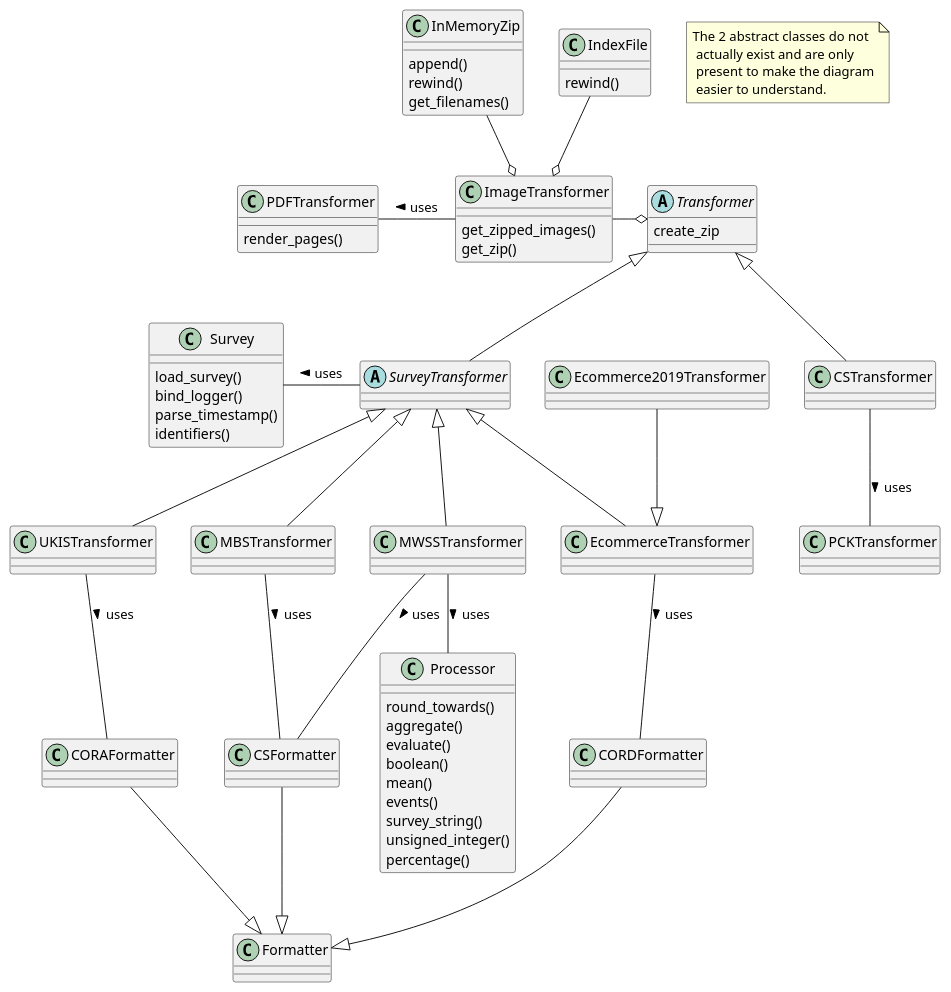
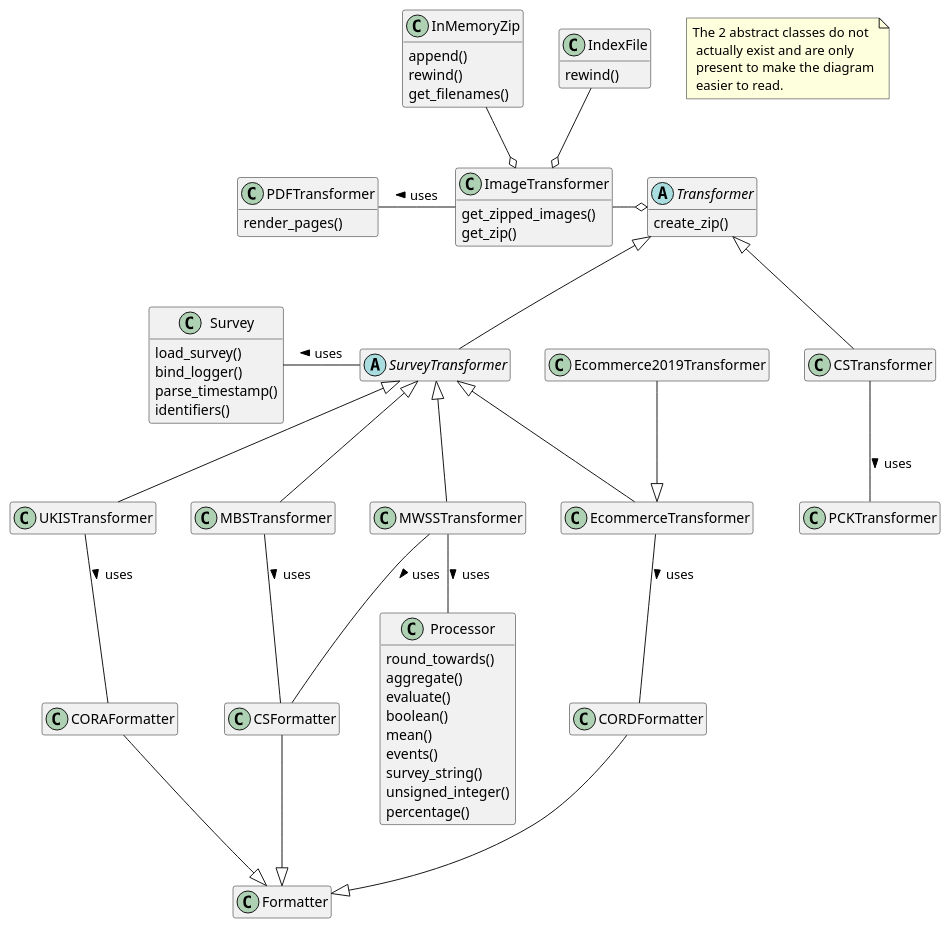
One commit to ONSdigital/sdx-transform-cs changed the diagram in docs/uml/transform-class.puml. Above: the diagram before and after it, drawn with PlantUML. The commit also changed 1 other file, not shown here.

Commit message:
further updates to diagrams

```diff
--- a/docs/uml/transform-class.puml
+++ b/docs/uml/transform-class.puml
@@ -1,90 +1,92 @@
 @startuml
+
+hide empty members
 
 'notes
 
-note "The 2 abstract classes do not\n actually exist and are only\n present to make the diagram\n easier to understand." as n1
+note "The 2 abstract classes do not\n actually exist and are only\n present to make the diagram\n easier to read." as n1
 
 'classes
 
 class Formatter
 class CSFormatter
 class CORAFormatter
 class CORDFormatter
 
 abstract Transformer
-Transformer : create_zip
+Transformer : create_zip()
 
 abstract SurveyTransformer
 
 class MWSSTransformer
 class MBSTransformer
 class CSTransformer
 class PCKTransformer
 class UKISTransformer
 class EcommerceTransformer
 class Ecommerce2019Transformer
 
 class ImageTransformer
 ImageTransformer : get_zipped_images()
 ImageTransformer : get_zip()
 
 class InMemoryZip
 InMemoryZip : append()
 InMemoryZip : rewind()
 InMemoryZip : get_filenames()
 
 class IndexFile
 IndexFile : rewind()
 
 class PDFTransformer
 PDFTransformer : render_pages()
 
 class Processor
 Processor : round_towards()
 Processor : aggregate()
 Processor : evaluate()
 Processor : boolean()
 Processor : mean()
 Processor : events()
 Processor : survey_string()
 Processor : unsigned_integer()
 Processor : percentage()
 
 class Survey
 Survey : load_survey()
 Survey : bind_logger()
 Survey : parse_timestamp()
 Survey : identifiers()
 
 
 'inheritence
 
 Formatter <|-u- CSFormatter
 Formatter <|-u- CORAFormatter
 Formatter <|-u- CORDFormatter
 
 Transformer <|-- CSTransformer
 Transformer <|-- SurveyTransformer
 SurveyTransformer <|-- MWSSTransformer
 SurveyTransformer <|-- MBSTransformer
 SurveyTransformer <|-- UKISTransformer
 SurveyTransformer <|-- EcommerceTransformer
 EcommerceTransformer <|-U- Ecommerce2019Transformer
 
 'aggregations
 Transformer o-L ImageTransformer
 
 CSFormatter -u- MWSSTransformer : uses <
 CSFormatter -u- MBSTransformer : uses <
 CORAFormatter -u- UKISTransformer : uses <
 CORDFormatter -u- EcommerceTransformer : uses <
 
 IndexFile --o ImageTransformer
 ImageTransformer o-U- InMemoryZip
 ImageTransformer -L PDFTransformer : uses >
 
 SurveyTransformer -L Survey : uses >
 MWSSTransformer -- Processor : uses >
 CSTransformer -d- PCKTransformer : uses >
 
 @enduml
```
